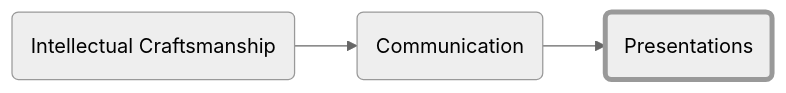
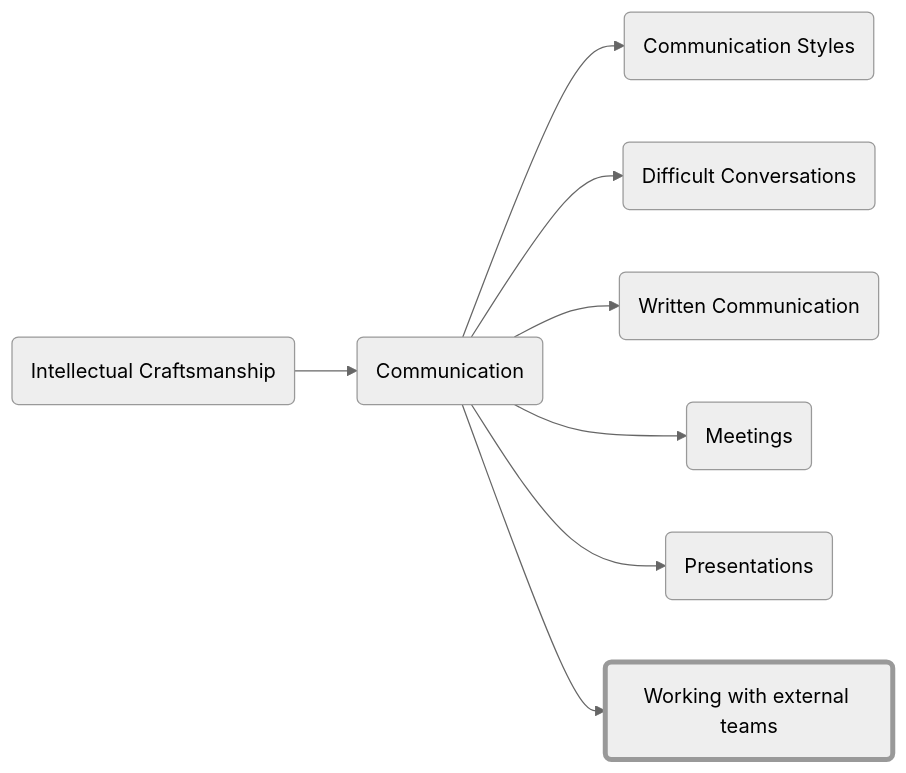
The diagram in _posts/2023-01-05-externalteams.md (forrestpitz/forrestpitz.github.io), drawn with Mermaid (neutral theme) before and after one commit. The commit also changed other lines of this file and 20 other files, not shown here.

````diff
--- a/_posts/2023-01-05-externalteams.md
+++ b/_posts/2023-01-05-externalteams.md
@@ -11,9 +77,20 @@
 ```mermaid
 graph LR;
-  A(Intellectual Craftsmanship)-->B(Communication)-->C(Presentations)
+  A(Intellectual Craftsmanship)-->B(Communication)
+  B(Communication)-->C(Communication Styles)
+  B-->D(Difficult Conversations)
+  B-->E(Written Communication)
+  B-->F(Meetings)
+  B-->G(Presentations)
+  B-->H(Working with external teams)
 
-  style C stroke-width:4px
+  style H stroke-width:4px
 
   click A "{% post_url 2023-01-05-intro %}"
   click B "{% post_url 2023-01-05-communication %}"
+  click C "{% post_url 2023-01-05-communicationstyles %}"
+  click D "{% post_url 2023-01-05-difficultconversations %}"
+  click E "{% post_url 2023-01-05-writtencommunication %}"
+  click F "{% post_url 2023-01-05-meetings %}"
+  click G "{% post_url 2023-01-05-presentations %}"
 ```
````
